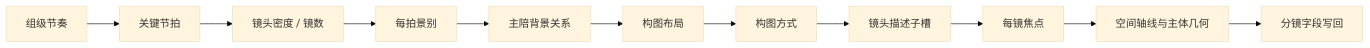
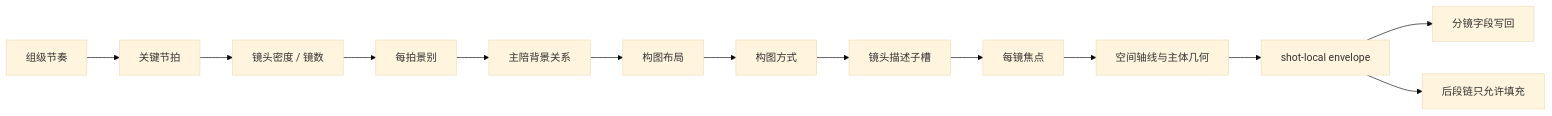
The second of 2 diagrams in .agents/skills/aigc/3-Detail/references/分镜表现.md (ZEN-VOID/AI-CUT), drawn with Mermaid (base theme) before and after one commit. The commit also changed other lines of this file and 25 other files, not shown here.

````diff
--- a/.agents/skills/aigc/3-Detail/references/分镜表现.md
+++ b/.agents/skills/aigc/3-Detail/references/分镜表现.md
@@ -243,13 +311,15 @@
 ```mermaid
 flowchart LR
     A["组级节奏"] --> B["关键节拍"]
     B --> C["镜头密度 / 镜数"]
     C --> D["每拍景别"]
     D --> E["主陪背景关系"]
     E --> F["构图布局"]
     F --> G["构图方式"]
     G --> H["镜头描述子槽"]
     H --> I["每镜焦点"]
     I --> J["空间轴线与主体几何"]
-    J --> K["分镜字段写回"]
+    J --> K["shot-local envelope"]
+    K --> L["分镜字段写回"]
+    K --> M["后段链只允许填充"]
 ```
````
